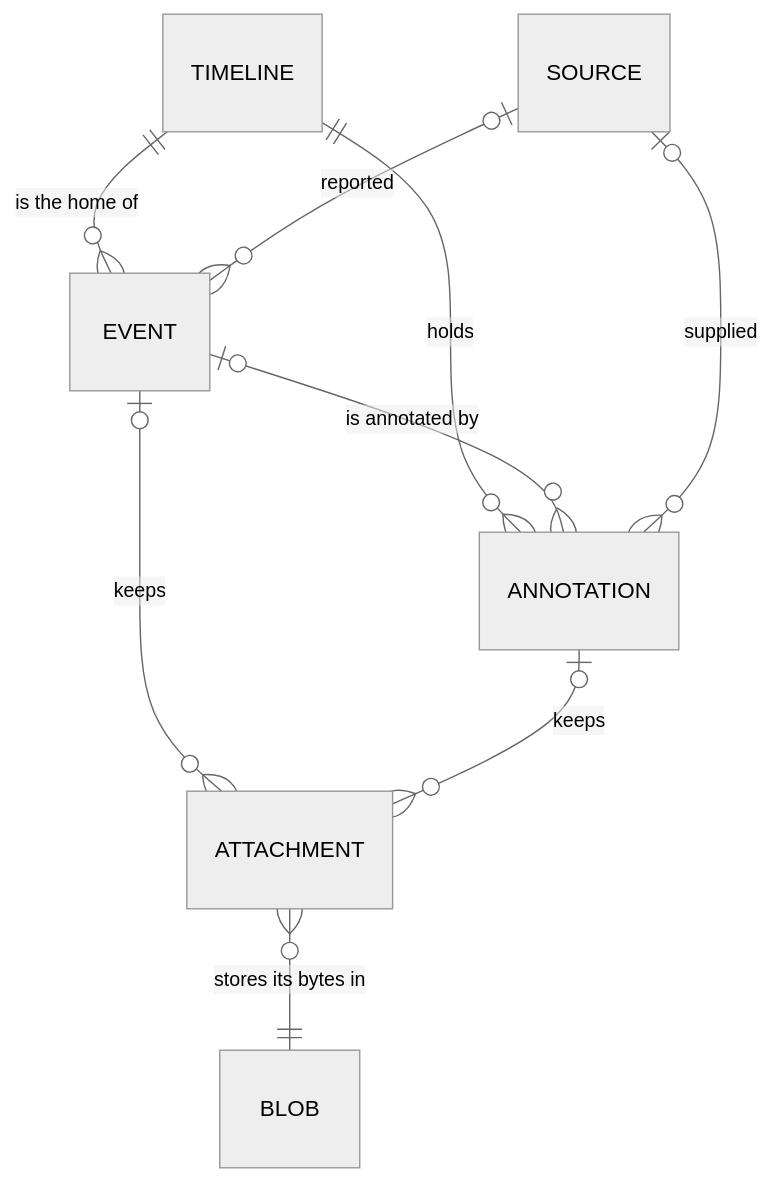
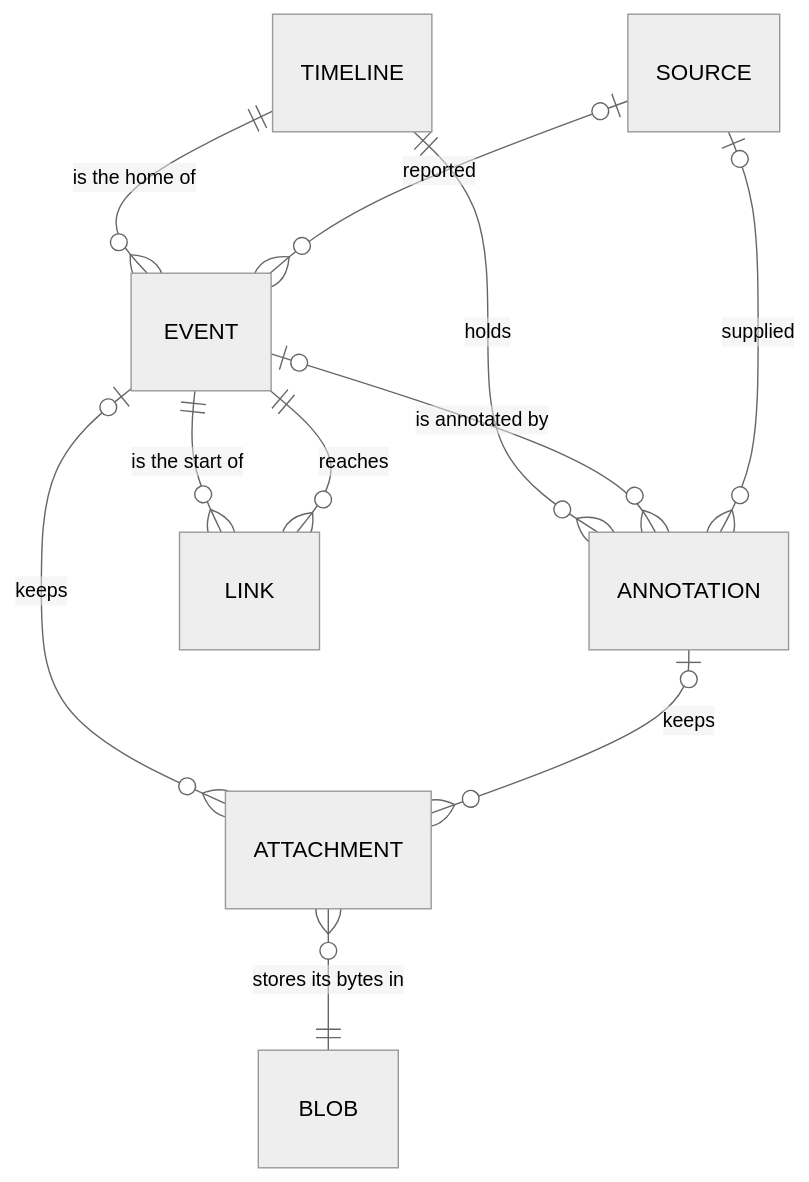
Before and after one commit to macintacos/coroner: the diagram in docs/explanation/data-model.md, drawn with Mermaid (neutral theme). The commit also changed other lines of this file and 94 other files, not shown here.

First line of the commit message:
EXC-1289 Save overlays and link events across timelines (#65)

````diff
--- a/docs/explanation/data-model.md
+++ b/docs/explanation/data-model.md
@@ -13,11 +13,13 @@
 ```mermaid
 erDiagram
   TIMELINE ||--o{ EVENT : "is the home of"
   TIMELINE ||--o{ ANNOTATION : "holds"
   EVENT |o--o{ ANNOTATION : "is annotated by"
   EVENT |o--o{ ATTACHMENT : "keeps"
+  EVENT ||--o{ LINK : "is the start of"
+  LINK }o--|| EVENT : "reaches"
   ANNOTATION |o--o{ ATTACHMENT : "keeps"
   SOURCE |o--o{ EVENT : "reported"
   SOURCE |o--o{ ANNOTATION : "supplied"
   ATTACHMENT }o--|| BLOB : "stores its bytes in"
 ```
````
